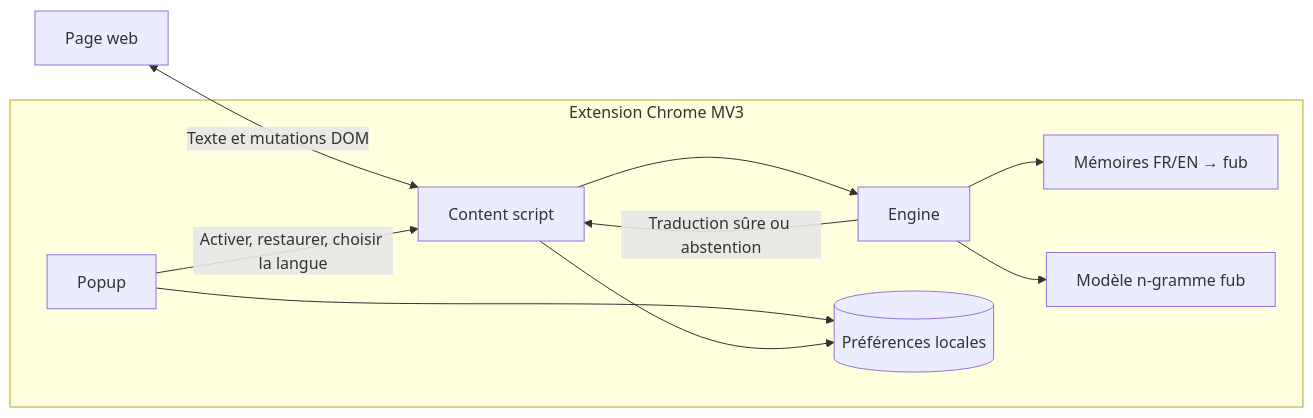
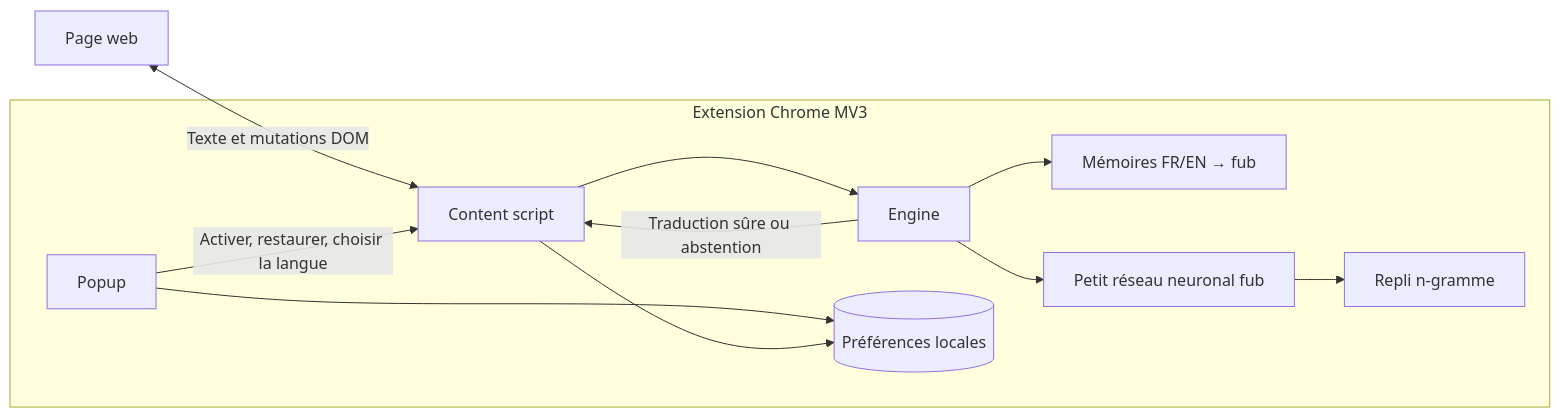
Before and after one commit to kaezerwatto/KORA: the first of 7 diagrams in docs/ARCHITECTURE.md, drawn with Mermaid. The commit also changed other lines of this file and 27 other files, not shown here.

````diff
--- a/docs/ARCHITECTURE.md
+++ b/docs/ARCHITECTURE.md
@@ -17,20 +17,22 @@
 ```mermaid
 flowchart LR
     subgraph Chrome["Extension Chrome MV3"]
         P[Popup]
         C[Content script]
         E[Engine]
         TM[Mémoires FR/EN → fub]
-        LM[Modèle n-gramme fub]
+        LM[Petit réseau neuronal fub]
+        NG[Repli n-gramme]
         S[(Préférences locales)]
     end
 
     W[Page web] <-->|Texte et mutations DOM| C
     P -->|Activer, restaurer, choisir la langue| C
     P --> S
     C --> S
     C --> E
     E --> TM
     E --> LM
+    LM --> NG
     E -->|Traduction sûre ou abstention| C
 ```
````
